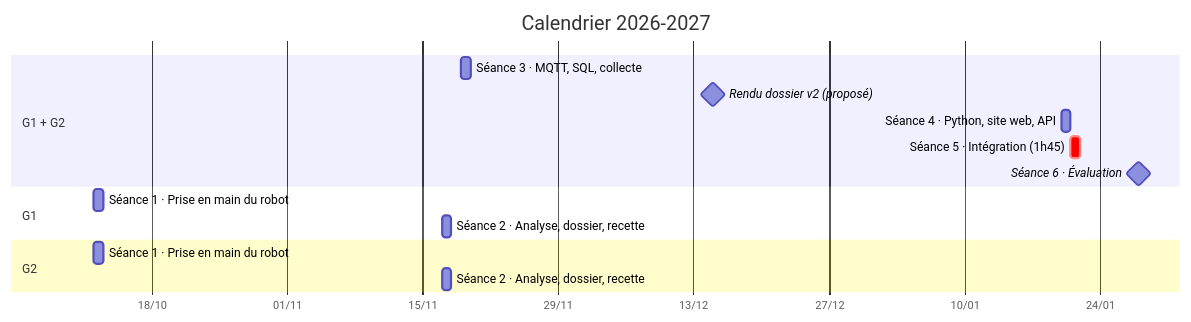
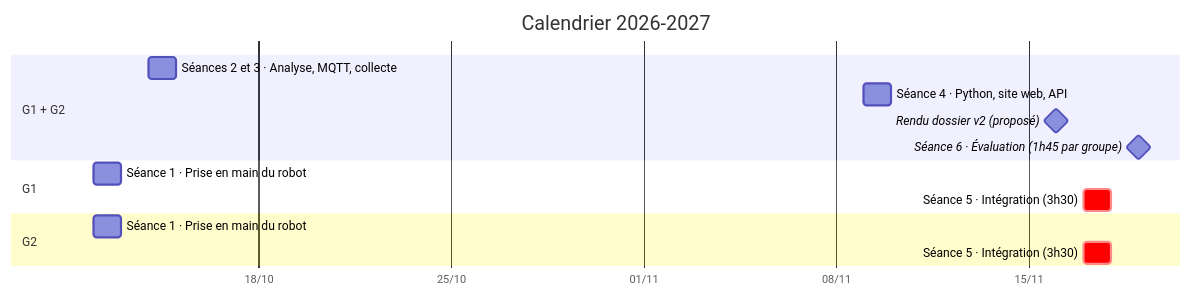
The first of 4 diagrams in progression_pedagogique/BACHINGE24.md (fabrice1618/niryo2), drawn with Mermaid before and after one commit. The commit also changed other lines of this file and 17 other files, not shown here.

````diff
--- a/progression_pedagogique/BACHINGE24.md
+++ b/progression_pedagogique/BACHINGE24.md
@@ -84,20 +85,19 @@
 ```mermaid
 gantt
     title Calendrier 2026-2027
     dateFormat YYYY-MM-DD
     axisFormat %d/%m
-    tickInterval 2week
+    tickInterval 1week
     todayMarker off
     section G1 + G2
-        Séance 3 · MQTT, SQL, collecte            : 2026-11-19, 1d
-        Rendu dossier v2 (proposé)                : milestone, 2026-12-15, 0d
-        Séance 4 · Python, site web, API          : 2027-01-20, 1d
-        Séance 5 · Intégration (1h45)             : crit, 2027-01-21, 1d
-        Séance 6 · Évaluation                     : milestone, 2027-01-28, 0d
+        Séances 2 et 3 · Analyse, MQTT, collecte  : 2026-10-14, 1d
+        Séance 4 · Python, site web, API          : 2026-11-09, 1d
+        Rendu dossier v2 (proposé)                : milestone, 2026-11-16, 0d
+        Séance 6 · Évaluation (1h45 par groupe)  : milestone, 2026-11-19, 0d
     section G1
         Séance 1 · Prise en main du robot         : 2026-10-12, 1d
-        Séance 2 · Analyse, dossier, recette      : 2026-11-17, 1d
+        Séance 5 · Intégration (3h30)             : crit, 2026-11-17, 1d
     section G2
         Séance 1 · Prise en main du robot         : 2026-10-12, 1d
-        Séance 2 · Analyse, dossier, recette      : 2026-11-17, 1d
+        Séance 5 · Intégration (3h30)             : crit, 2026-11-17, 1d
 ```
````
